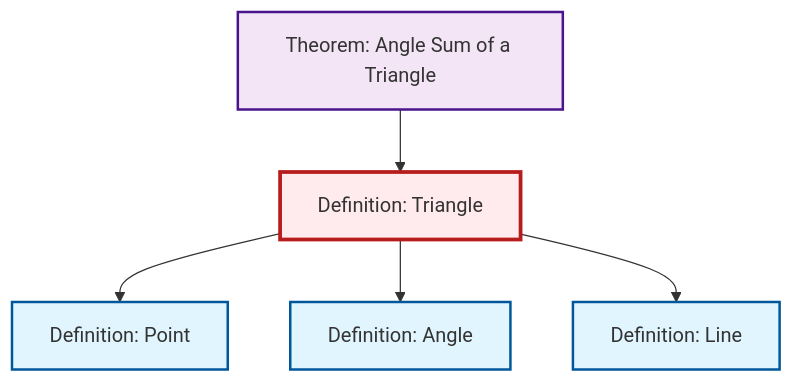
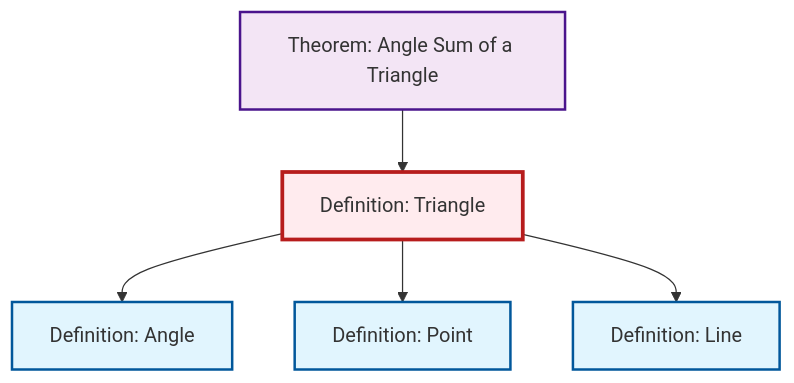
One commit to RK0429/ModernMath changed the diagram in content/en/geometry/def-triangle.qmd. Above: the diagram before and after it, drawn with Mermaid. The commit also changed other lines of this file and 497 other files, not shown here.

````diff
--- a/content/en/geometry/def-triangle.qmd
+++ b/content/en/geometry/def-triangle.qmd
@@ -59,23 +59,23 @@
 ```{mermaid}
 %%| fig-cap: "Local dependency graph"
 graph TD
     classDef definition fill:#e1f5fe,stroke:#01579b,stroke-width:2px
     classDef theorem fill:#f3e5f5,stroke:#4a148c,stroke-width:2px
     classDef axiom fill:#fff3e0,stroke:#e65100,stroke-width:2px
     classDef example fill:#e8f5e9,stroke:#1b5e20,stroke-width:2px
     classDef current fill:#ffebee,stroke:#b71c1c,stroke-width:3px
     thm-angle-sum-triangle["Theorem: Angle Sum of a Triangle"]:::theorem
     def-angle["Definition: Angle"]:::definition
-    def-triangle["Definition: Triangle"]:::definition
     def-point["Definition: Point"]:::definition
     def-line["Definition: Line"]:::definition
+    def-triangle["Definition: Triangle"]:::definition
     thm-angle-sum-triangle --> def-triangle
+    def-triangle --> def-angle
     def-triangle --> def-point
-    def-triangle --> def-angle
     def-triangle --> def-line
     class def-triangle current
     click thm-angle-sum-triangle "thm-angle-sum-triangle.html" "Go to Angle Sum of a Triangle theorem"
     click def-angle "def-angle.html" "Go to Angle definition"
     click def-point "def-point.html" "Go to Point definition"
     click def-line "def-line.html" "Go to Line definition"
 ```
````
